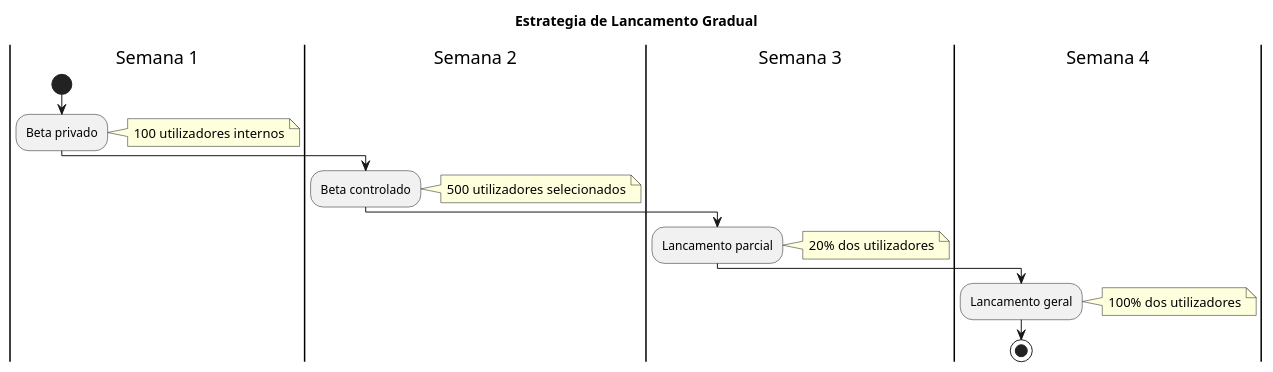
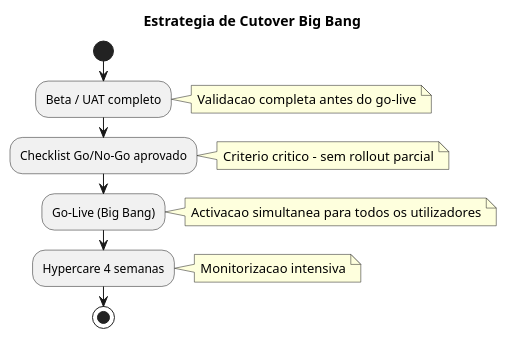
The second of 4 diagrams in project/definitions/DEF-24-plano-migracao-implementacao.md (beduardo/novobanco_website_doc), drawn with PlantUML before and after one commit. The commit also changed other lines of this file and 21 other files, not shown here.

````diff
--- a/project/definitions/DEF-24-plano-migracao-implementacao.md
+++ b/project/definitions/DEF-24-plano-migracao-implementacao.md
@@ -80,27 +85,23 @@
 ```plantuml
 @startuml
 skinparam backgroundColor white
 
-title Estrategia de Lancamento Gradual
+title Estrategia de Cutover Big Bang
 
-|Semana 1|
 start
-:Beta privado;
-note right: 100 utilizadores internos
+:Beta / UAT completo;
+note right: Validacao completa antes do go-live
 
-|Semana 2|
-:Beta controlado;
-note right: 500 utilizadores selecionados
+:Checklist Go/No-Go aprovado;
+note right: Criterio critico - sem rollout parcial
 
-|Semana 3|
-:Lancamento parcial;
-note right: 20% dos utilizadores
+:Go-Live (Big Bang);
+note right: Activacao simultanea para todos os utilizadores
 
-|Semana 4|
-:Lancamento geral;
-note right: 100% dos utilizadores
+:Hypercare 4 semanas;
+note right: Monitorizacao intensiva
 
 stop
 
 @enduml
 ```
````
